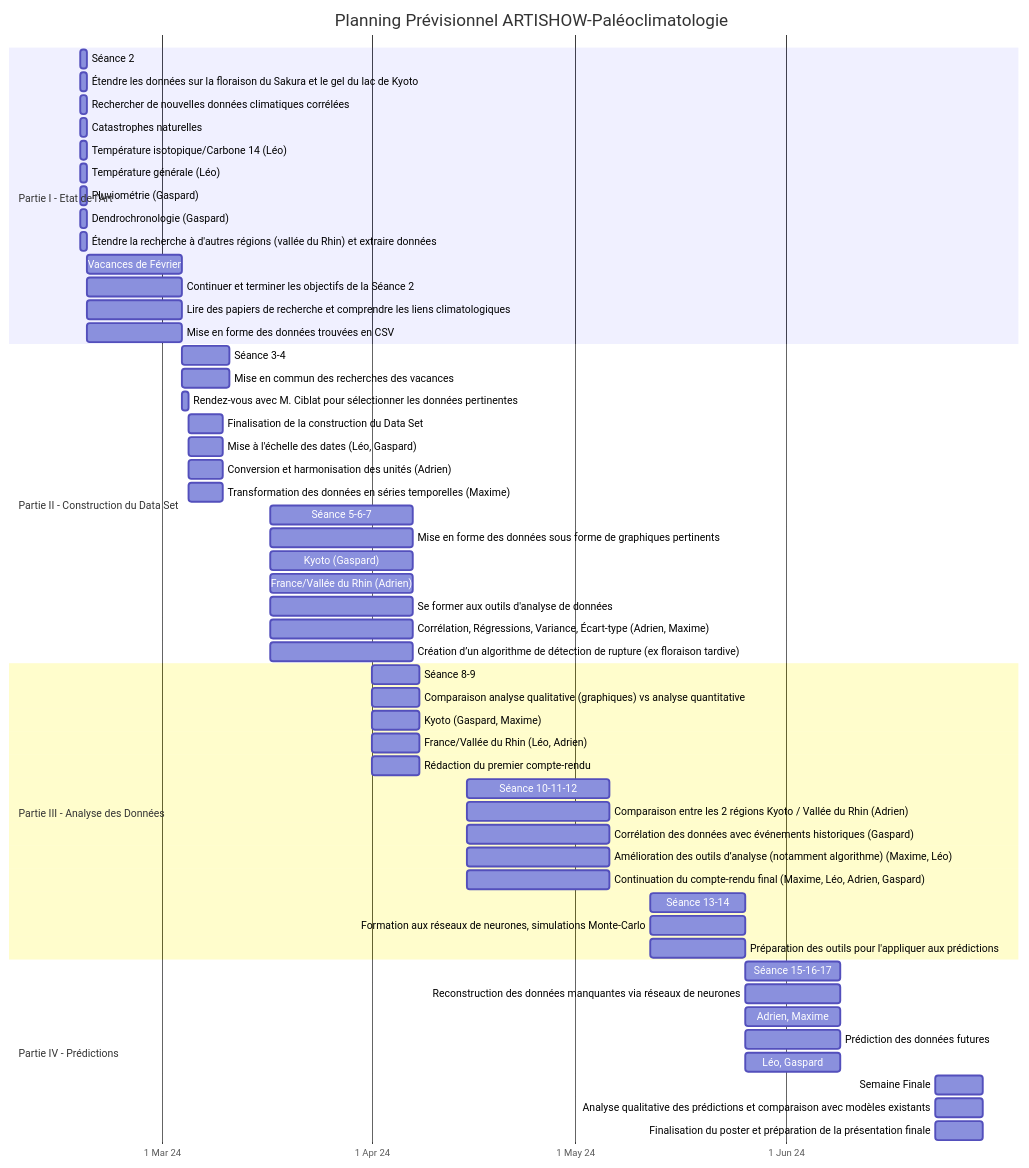
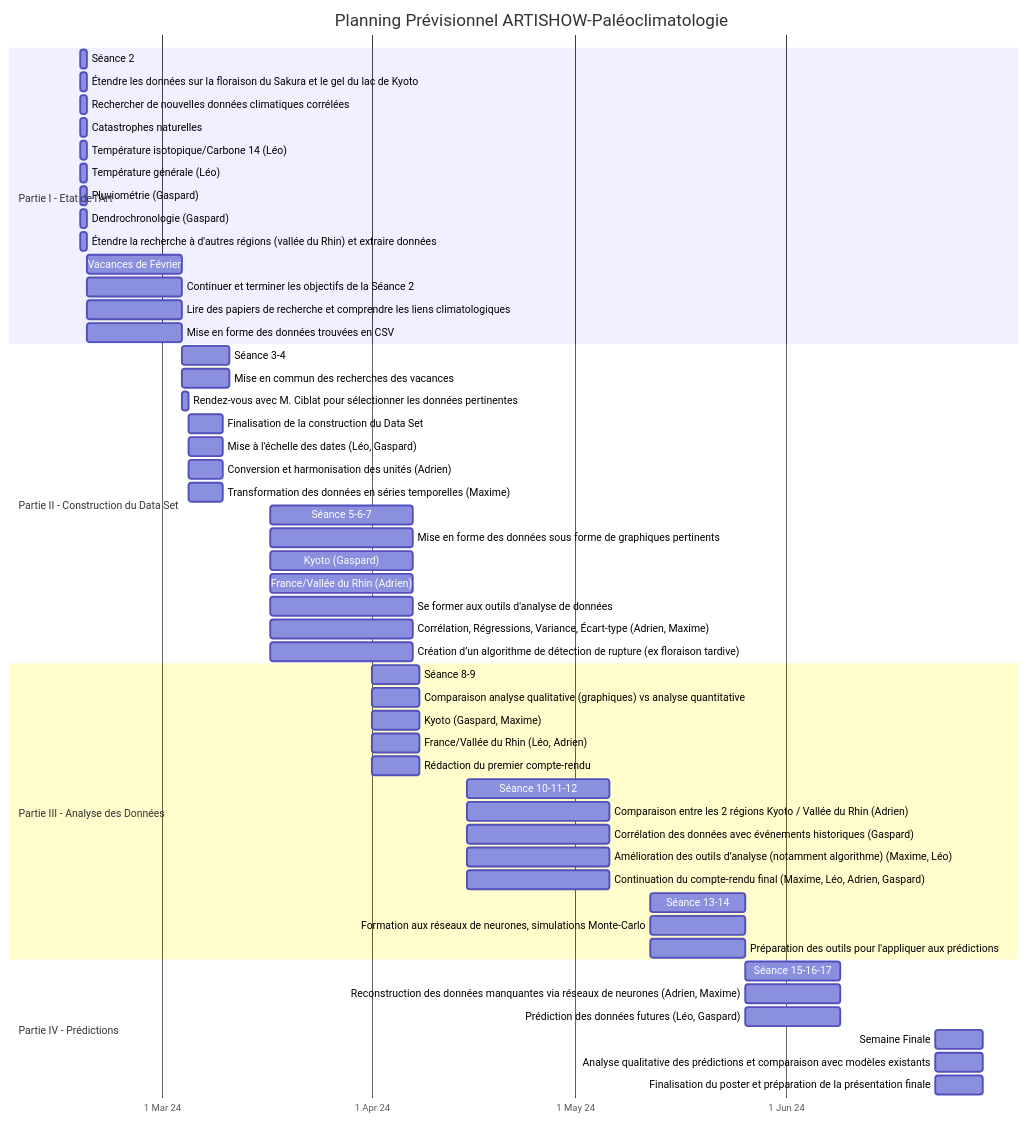
The diagram in PLANNING.md (maxime-sfn/paleoclimat), drawn with Mermaid before and after one commit.

````diff
--- a/PLANNING.md
+++ b/PLANNING.md
@@ -2,69 +2,68 @@
 ```mermaid
 gantt
   title Planning Prévisionnel ARTISHOW-Paléoclimatologie
   dateFormat DD/MM/YYYY
   axisFormat %e %b %y
   tickInterval 1month
   weekday monday
   todayMarker off
 
   section Partie I - Etat de l’Art
   Séance 2: 18/02/2024, 1d
   Étendre les données sur la floraison du Sakura et le gel du lac de Kyoto: 18/02/2024, 1d
   Rechercher de nouvelles données climatiques corrélées: 18/02/2024, 1d
   Catastrophes naturelles: 18/02/2024, 1d
   Température isotopique/Carbone 14 (Léo): 18/02/2024, 1d
   Température générale (Léo): 18/02/2024, 1d
   Pluviométrie (Gaspard): 18/02/2024, 1d
   Dendrochronologie (Gaspard): 18/02/2024, 1d
   Étendre la recherche à d'autres régions (vallée du Rhin) et extraire données: 18/02/2024, 1d
   Vacances de Février: 19/02/2024, 2w
   Continuer et terminer les objectifs de la Séance 2: 19/02/2024, 2w
   Lire des papiers de recherche et comprendre les liens climatologiques: 19/02/2024, 2w
   Mise en forme des données trouvées en CSV: 19/02/2024, 2w
 
   section Partie II - Construction du Data Set
   Séance 3-4: 04/03/2024, 1w
   Mise en commun des recherches des vacances: 04/03/2024, 1w
   Rendez-vous avec M. Ciblat pour sélectionner les données pertinentes: 04/03/2024, 1d
   Finalisation de la construction du Data Set: 05/03/2024, 5d
   Mise à l'échelle des dates (Léo, Gaspard): 05/03/2024, 5d
   Conversion et harmonisation des unités (Adrien): 05/03/2024, 5d
   Transformation des données en séries temporelles (Maxime): 05/03/2024, 5d
 
   Séance 5-6-7: 17/03/2024, 3w
   Mise en forme des données sous forme de graphiques pertinents: 17/03/2024, 3w
   Kyoto (Gaspard): 17/03/2024, 3w
   France/Vallée du Rhin (Adrien): 17/03/2024, 3w
   Se former aux outils d'analyse de données: 17/03/2024, 3w
   Corrélation, Régressions, Variance, Écart-type (Adrien, Maxime): 17/03/2024, 3w
   Création d’un algorithme de détection de rupture (ex floraison tardive): 17/03/2024, 3w
 
   section Partie III - Analyse des Données
   Séance 8-9: 01/04/2024, 1w
   Comparaison analyse qualitative (graphiques) vs analyse quantitative: 01/04/2024, 1w
   Kyoto (Gaspard, Maxime): 01/04/2024, 1w
   France/Vallée du Rhin (Léo, Adrien): 01/04/2024, 1w
   Rédaction du premier compte-rendu: 01/04/2024, 1w
 
   Séance 10-11-12: 15/04/2024, 3w
   Comparaison entre les 2 régions Kyoto / Vallée du Rhin (Adrien): 15/04/2024, 3w
   Corrélation des données avec événements historiques (Gaspard): 15/04/2024, 3w
   Amélioration des outils d’analyse (notamment algorithme) (Maxime, Léo): 15/04/2024, 3w
   Continuation du compte-rendu final (Maxime, Léo, Adrien, Gaspard): 15/04/2024, 3w
 
   Séance 13-14: 12/05/2024, 2w
   Formation aux réseaux de neurones, simulations Monte-Carlo: 12/05/2024, 2w
   Préparation des outils pour l'appliquer aux prédictions: 12/05/2024, 2w
 
   section Partie IV - Prédictions
   Séance 15-16-17: 26/05/2024, 2w
-  Reconstruction des données manquantes via réseaux de neurones: 26/05/2024, 2w
-  Adrien, Maxime: 26/05/2024, 2w
-  Prédiction des données futures: 26/05/2024, 2w
-  Léo, Gaspard: 26/05/2024, 2w
+  Reconstruction des données manquantes via réseaux de neurones (Adrien, Maxime): 26/05/2024, 2w
+  Prédiction des données futures (Léo, Gaspard) : 26/05/2024, 2w
+
 
   Semaine Finale: 23/06/2024, 1w
   Analyse qualitative des prédictions et comparaison avec modèles existants: 23/06/2024, 1w
   Finalisation du poster et préparation de la présentation finale: 23/06/2024, 1w
 ```
````
